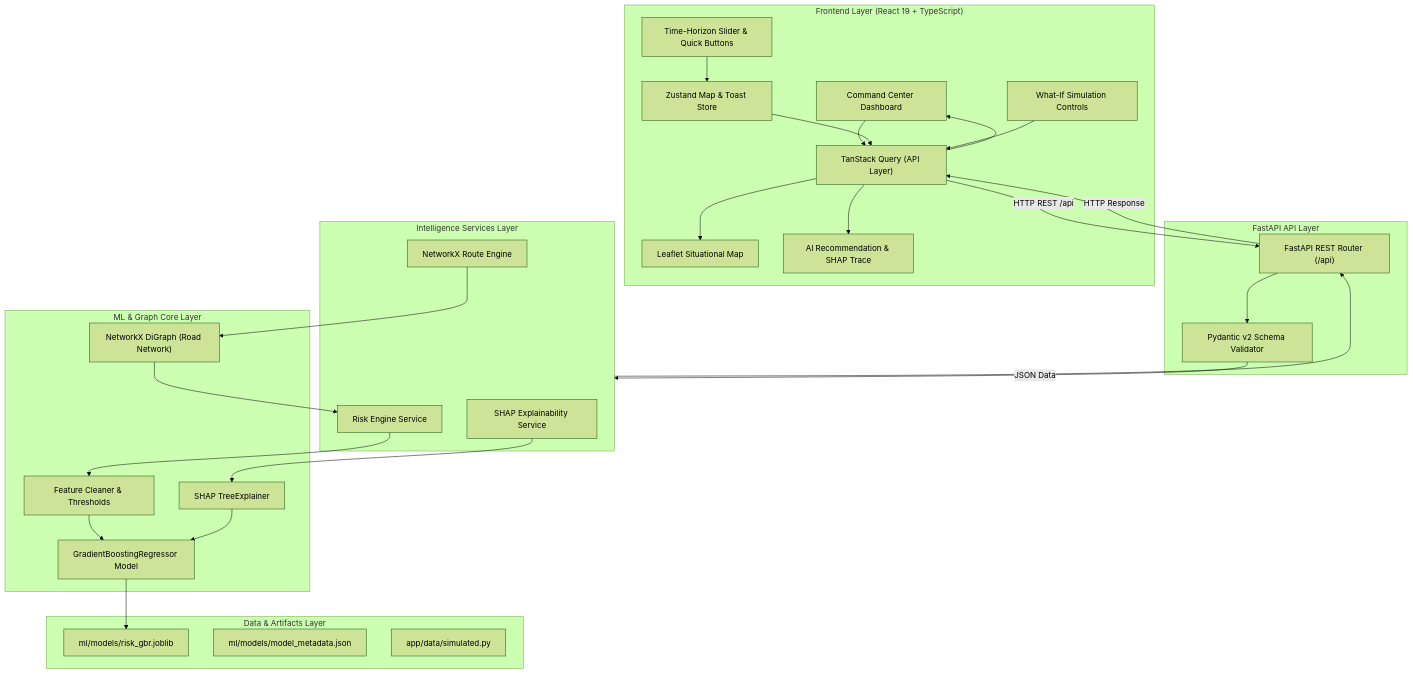
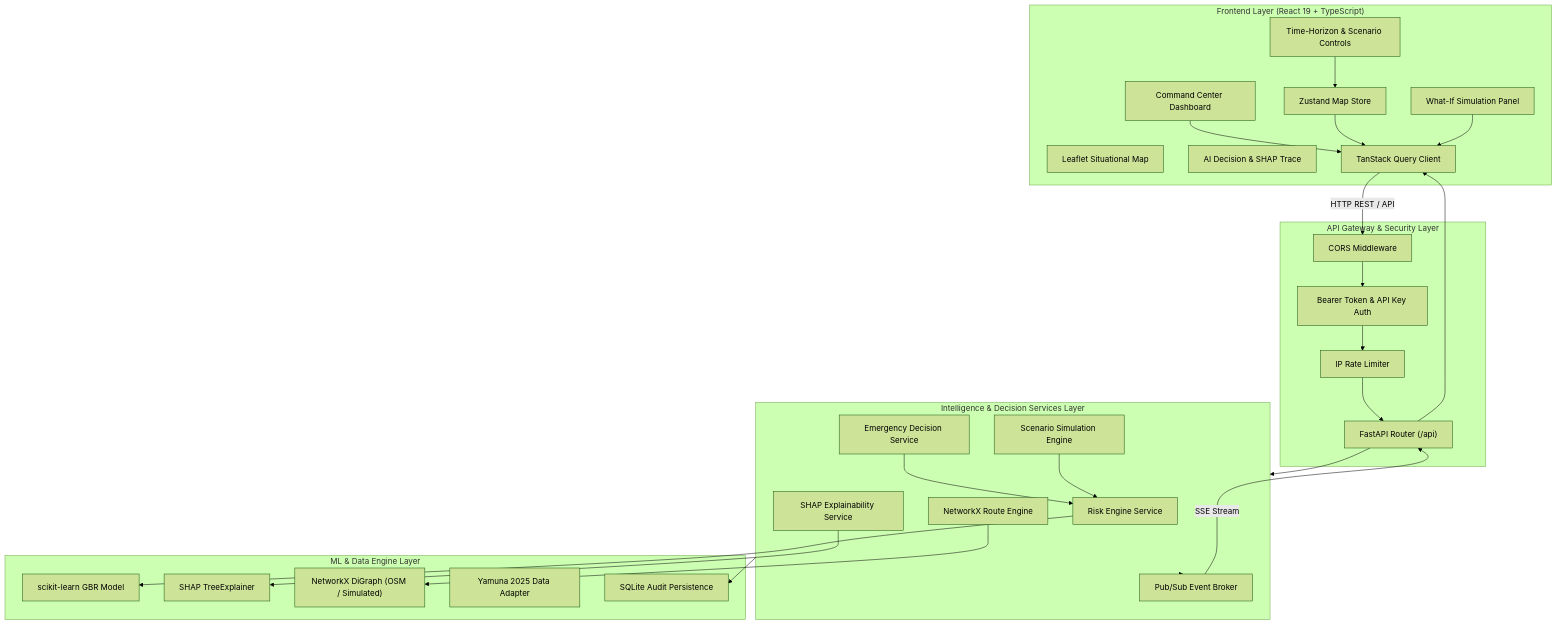
Before and after one commit to DevByPawan/AapdaNetra-X: the first of 3 diagrams in docs/ARCHITECTURE.md, drawn with Mermaid (forest theme). The commit also changed other lines of this file and 79 other files, not shown here.

````diff
--- a/docs/ARCHITECTURE.md
+++ b/docs/ARCHITECTURE.md
@@ -14,56 +14,55 @@
 ```mermaid
 graph TD
     subgraph Client ["Frontend Layer (React 19 + TypeScript)"]
         UI["Command Center Dashboard"]
         Map["Leaflet Situational Map"]
-        Controls["Time-Horizon Slider & Quick Buttons"]
-        SimUI["What-If Simulation Controls"]
-        RecPanel["AI Recommendation & SHAP Trace"]
-        Store["Zustand Map & Toast Store"]
-        Query["TanStack Query (API Layer)"]
+        Controls["Time-Horizon & Scenario Controls"]
+        SimUI["What-If Simulation Panel"]
+        RecPanel["AI Decision & SHAP Trace"]
+        Store["Zustand Map Store"]
+        Query["TanStack Query Client"]
     end
 
-    subgraph Server ["FastAPI API Layer"]
-        API["FastAPI REST Router (/api)"]
-        Schema["Pydantic v2 Schema Validator"]
+    subgraph Gateway ["API Gateway & Security Layer"]
+        API["FastAPI Router (/api)"]
+        Auth["Bearer Token & API Key Auth"]
+        RL["IP Rate Limiter"]
+        CORS["CORS Middleware"]
     end
 
-    subgraph Service ["Intelligence Services Layer"]
+    subgraph Service ["Intelligence & Decision Services Layer"]
         RiskEng["Risk Engine Service"]
         ExplainEng["SHAP Explainability Service"]
         RouteEng["NetworkX Route Engine"]
+        DecEng["Emergency Decision Service"]
+        ScenEng["Scenario Simulation Engine"]
+        Broker["Pub/Sub Event Broker"]
     end
 
-    subgraph Core ["ML & Graph Core Layer"]
-        GBR["GradientBoostingRegressor Model"]
+    subgraph Core ["ML & Data Engine Layer"]
+        GBR["scikit-learn GBR Model"]
         TreeExp["SHAP TreeExplainer"]
-        RoadGraph["NetworkX DiGraph (Road Network)"]
-        Validator["Feature Cleaner & Thresholds"]
-    end
-
-    subgraph Data ["Data & Artifacts Layer"]
-        ModelArtifact["ml/models/risk_gbr.joblib"]
-        ModelMeta["ml/models/model_metadata.json"]
-        SimData["app/data/simulated.py"]
+        RoadGraph["NetworkX DiGraph (OSM / Simulated)"]
+        Preproc["Yamuna 2025 Data Adapter"]
+        Persist["SQLite Audit Persistence"]
     end
 
     UI --> Query
     Controls --> Store
     Store --> Query
     SimUI --> Query
-    Query -->|HTTP REST /api| API
-    API --> Schema
-    Schema --> Service
-    RiskEng --> Validator
-    Validator --> GBR
-    GBR --> ModelArtifact
+    Query -->|HTTP REST / API| CORS
+    CORS --> Auth
+    Auth --> RL
+    RL --> API
+    API --> Service
+    RiskEng --> GBR
     ExplainEng --> TreeExp
-    TreeExp --> GBR
     RouteEng --> RoadGraph
-    RoadGraph --> RiskEng
-    Service -->|JSON Data| API
-    API -->|HTTP Response| Query
-    Query --> UI
-    Query --> Map
-    Query --> RecPanel
+    DecEng --> RiskEng
+    ScenEng --> RiskEng
+    Service --> Broker
+    Service --> Persist
+    Broker -->|SSE Stream| API
+    API --> Query
 ```
````
